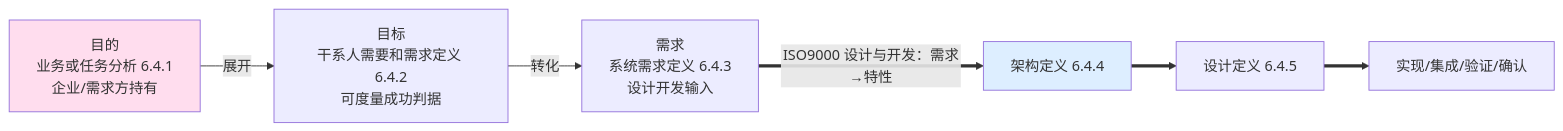
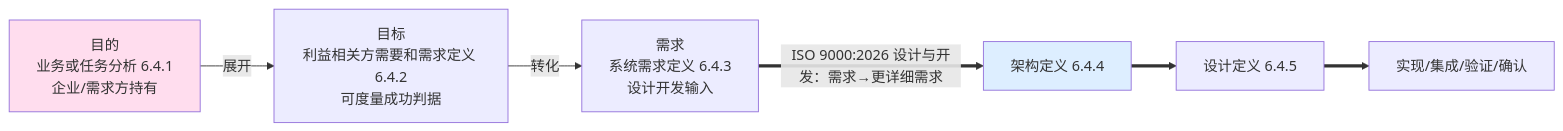
The first of 2 diagrams in 100-subprojects/01-系统工程研究/00-系统工程相关研究报告/17-设计与开发边界及三层基线治理研究报告.md (Yongjunzhou/AOS-system-design), drawn with Mermaid before and after one commit. The commit also changed other lines of this file and 38 other files, not shown here.

````diff
--- a/100-subprojects/01-系统工程研究/00-系统工程相关研究报告/17-设计与开发边界及三层基线治理研究报告.md
+++ b/100-subprojects/01-系统工程研究/00-系统工程相关研究报告/17-设计与开发边界及三层基线治理研究报告.md
@@ -53,10 +72,10 @@
 ```mermaid
 flowchart LR
-    P[目的<br/>业务或任务分析 6.4.1<br/>企业/需求方持有] -->|展开| O[目标<br/>干系人需要和需求定义 6.4.2<br/>可度量成功判据]
+    P[目的<br/>业务或任务分析 6.4.1<br/>企业/需求方持有] -->|展开| O[目标<br/>利益相关方需要和需求定义 6.4.2<br/>可度量成功判据]
     O -->|转化| R[需求<br/>系统需求定义 6.4.3<br/>设计开发输入]
-    R ==>|ISO9000 设计与开发：需求→特性| A[架构定义 6.4.4]
+    R ==>|ISO 9000:2026 设计与开发：需求→更详细需求| A[架构定义 6.4.4]
     A ==> D[设计定义 6.4.5]
     D ==> I[实现/集成/验证/确认]
     style P fill:#fde,style O fill:#fde,style R fill:#dfe
     style A fill:#def,style D fill:#def,style I fill:#def
 ```
````
